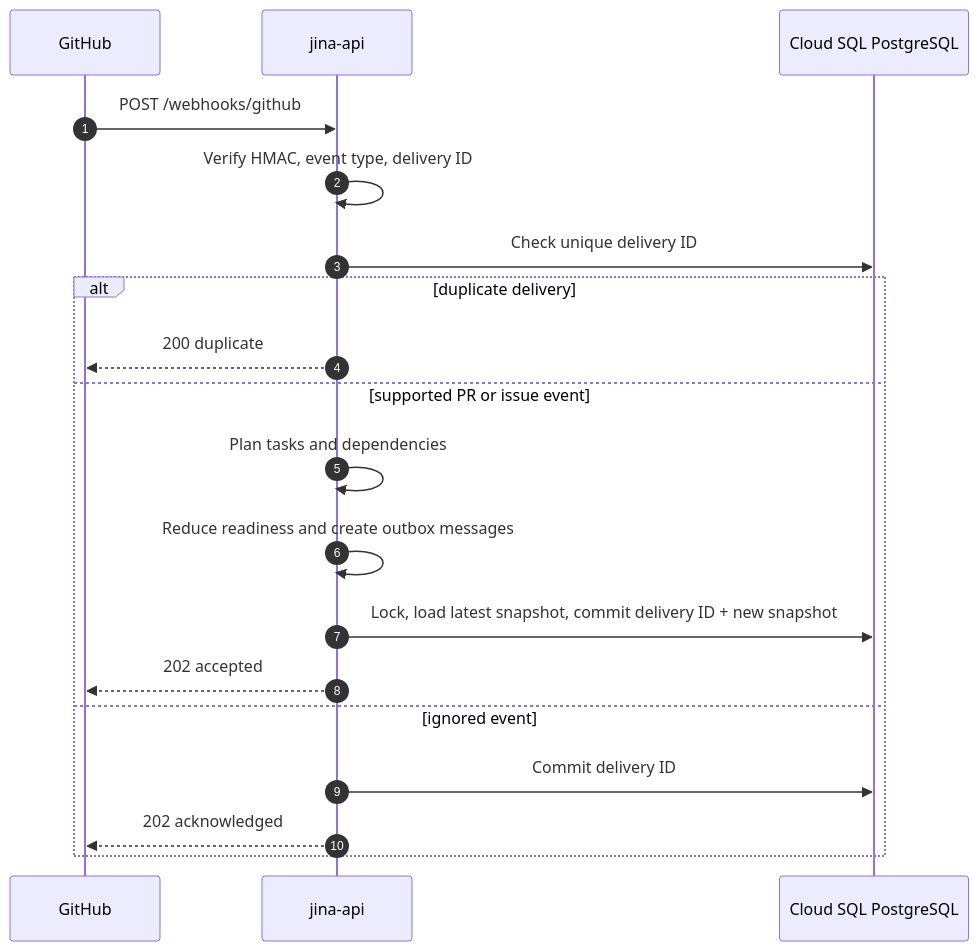
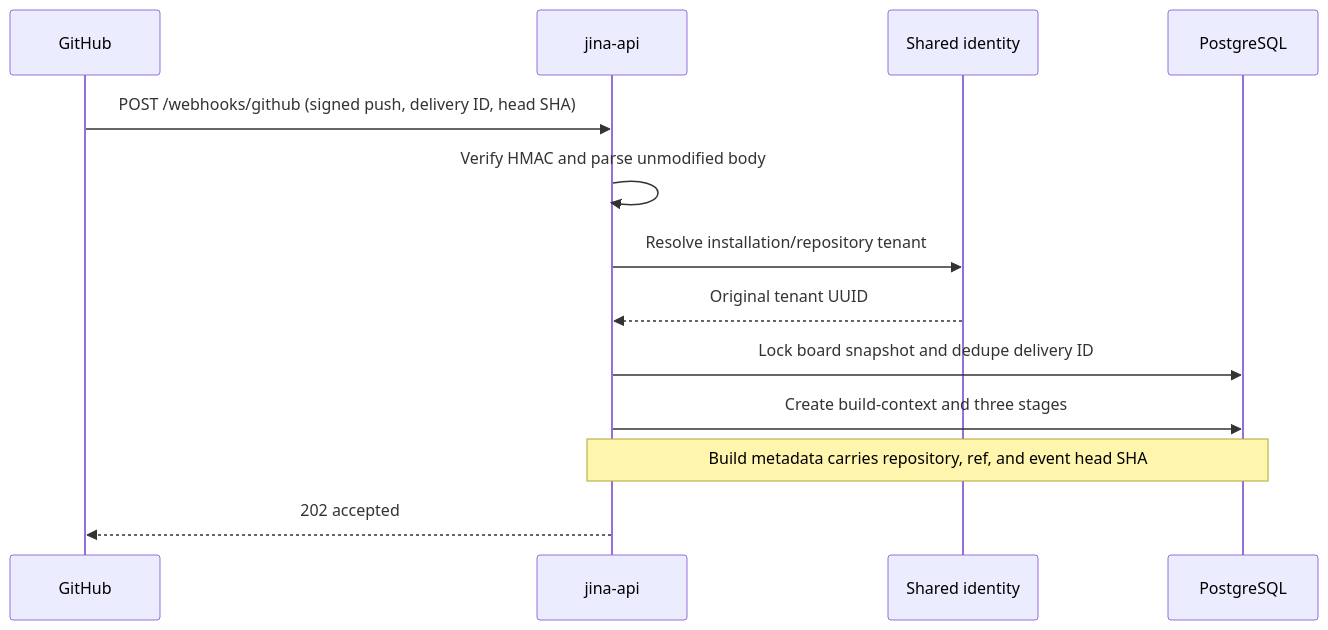
The first of 9 diagrams in docs/SEQUENCE_DIAGRAM.md (keon/jina-context-wiki-e2e-20260808), drawn with Mermaid before and after one commit. The commit also changed other lines of this file and 183 other files, not shown here.

Commit message:
Replace graph runtime with context engine

````diff
--- a/docs/SEQUENCE_DIAGRAM.md
+++ b/docs/SEQUENCE_DIAGRAM.md
@@ -9,22 +8,16 @@
 ```mermaid
 sequenceDiagram
-    autonumber
-    participant GitHub
+    participant GH as GitHub
     participant API as jina-api
-    participant DB as Cloud SQL PostgreSQL
+    participant ID as Shared identity
+    participant DB as PostgreSQL
 
-    GitHub->>API: POST /webhooks/github
-    API->>API: Verify HMAC, event type, delivery ID
-    API->>DB: Check unique delivery ID
-    alt duplicate delivery
-        API-->>GitHub: 200 duplicate
-    else supported PR or issue event
-        API->>API: Plan tasks and dependencies
-        API->>API: Reduce readiness and create outbox messages
-        API->>DB: Lock, load latest snapshot, commit delivery ID + new snapshot
-        API-->>GitHub: 202 accepted
-    else ignored event
-        API->>DB: Commit delivery ID
-        API-->>GitHub: 202 acknowledged
-    end
+    GH->>API: POST /webhooks/github (signed push, delivery ID, head SHA)
+    API->>API: Verify HMAC and parse unmodified body
+    API->>ID: Resolve installation/repository tenant
+    ID-->>API: Original tenant UUID
+    API->>DB: Lock board snapshot and dedupe delivery ID
+    API->>DB: Create build-context and three stages
+    Note over API,DB: Build metadata carries repository, ref, and event head SHA
+    API-->>GH: 202 accepted
 ```
````
